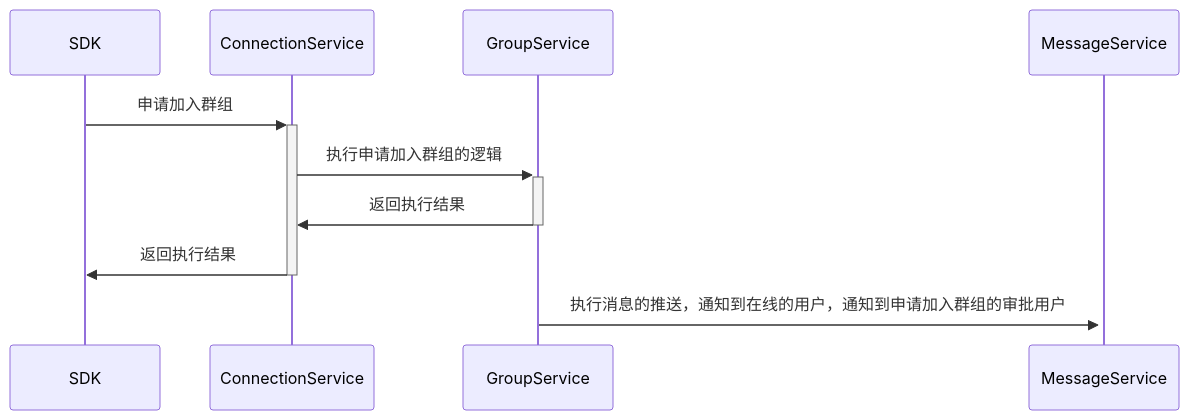
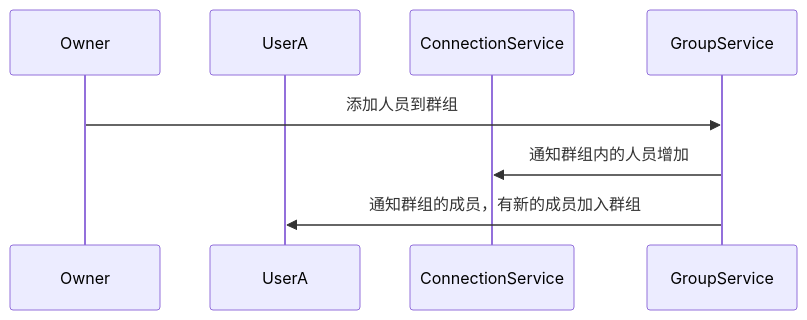
The eighth of 12 diagrams in docs/bussiness_data_sync.md (jerry-chao/exim), drawn with Mermaid before and after one commit. The commit also changed other lines of this file and 7 other files, not shown here.

````diff
--- a/docs/bussiness_data_sync.md
+++ b/docs/bussiness_data_sync.md
@@ -173,13 +204,11 @@
 ```mermaid
 sequenceDiagram
-    participant SDK
+    participant Owner
+    participant UserA
     participant ConnectionService
     participant GroupService
-    participant MessageService
 
-    SDK->>+ConnectionService: 申请加入群组
-    ConnectionService->>+GroupService: 执行申请加入群组的逻辑
-    GroupService->>-ConnectionService: 返回执行结果
-    ConnectionService->>-SDK: 返回执行结果
-    GroupService->>+MessageService: 执行消息的推送，通知到在线的用户，通知到申请加入群组的审批用户
+    Owner->>GroupService: 添加人员到群组
+    GroupService->>ConnectionService: 通知群组内的人员增加
+    GroupService->>UserA: 通知群组的成员，有新的成员加入群组
 ```
````
